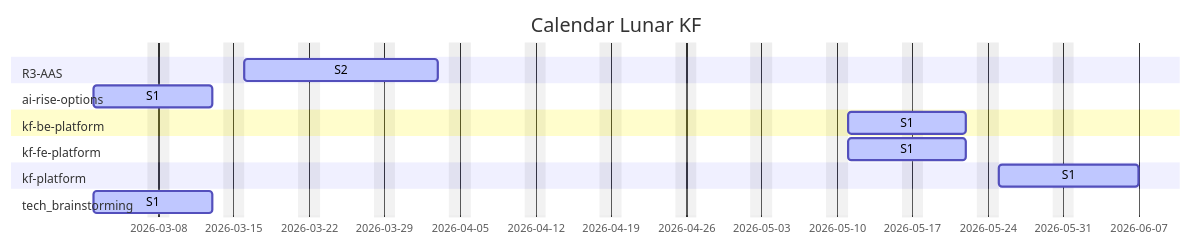
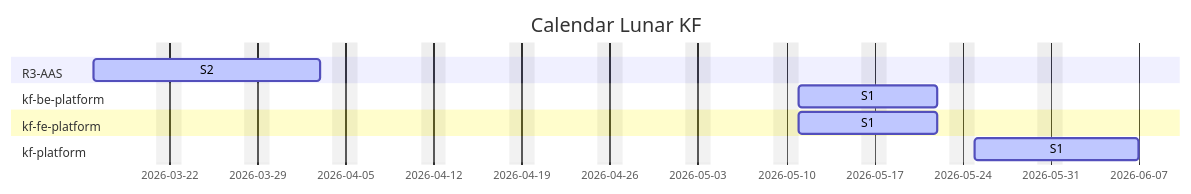
Before and after one commit to Katty-Fashion/kf-cpto: the second of 2 diagrams in docs/unified-calendar.md, drawn with Mermaid. The commit also changed other lines of this file and 9 other files, not shown here.

````diff
--- a/docs/unified-calendar.md
+++ b/docs/unified-calendar.md
@@ -22,19 +22,15 @@
 ```mermaid
 gantt
     title Calendar Lunar KF
     dateFormat YYYY-MM-DD
     excludes weekends
 
     section R3-AAS
     S2 :active, 2026-03-16, 2026-04-03
-    section ai-rise-options
-    S1 :active, 2026-03-02, 2026-03-13
     section kf-be-platform
     S1 :active, 2026-05-11, 2026-05-22
     section kf-fe-platform
     S1 :active, 2026-05-11, 2026-05-22
     section kf-platform
     S1 :active, 2026-05-25, 2026-06-07
-    section tech_brainstorming
-    S1 :active, 2026-03-02, 2026-03-13
 ```
````
